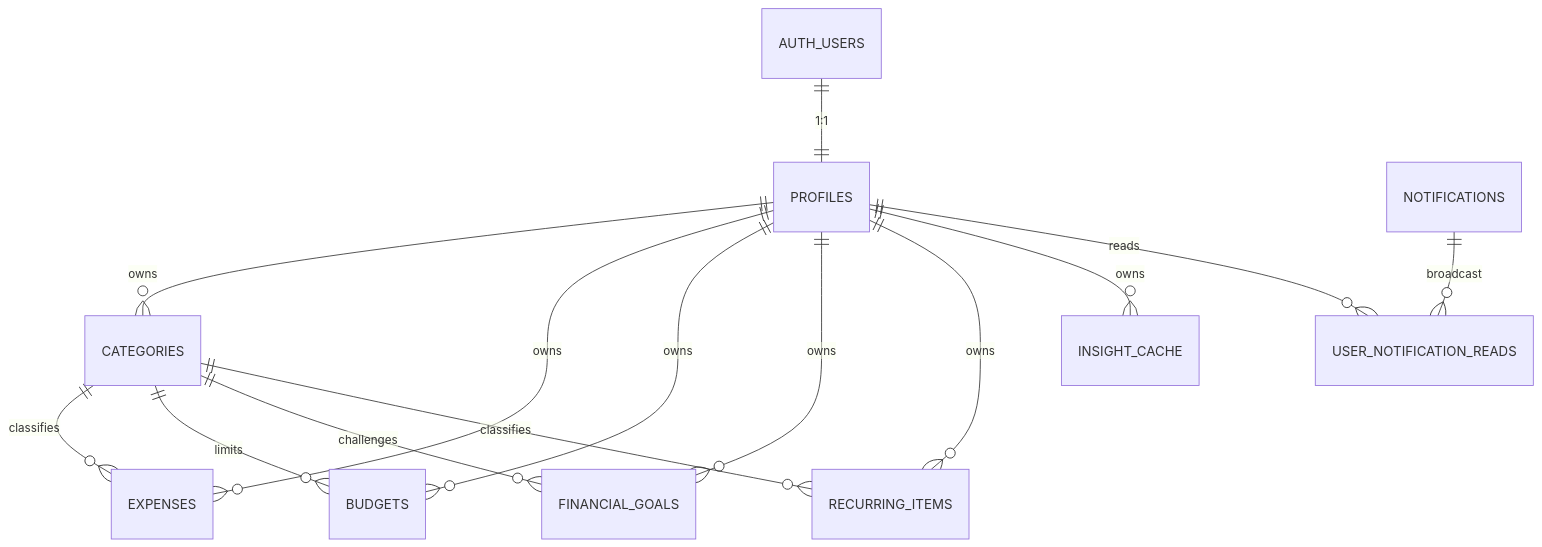
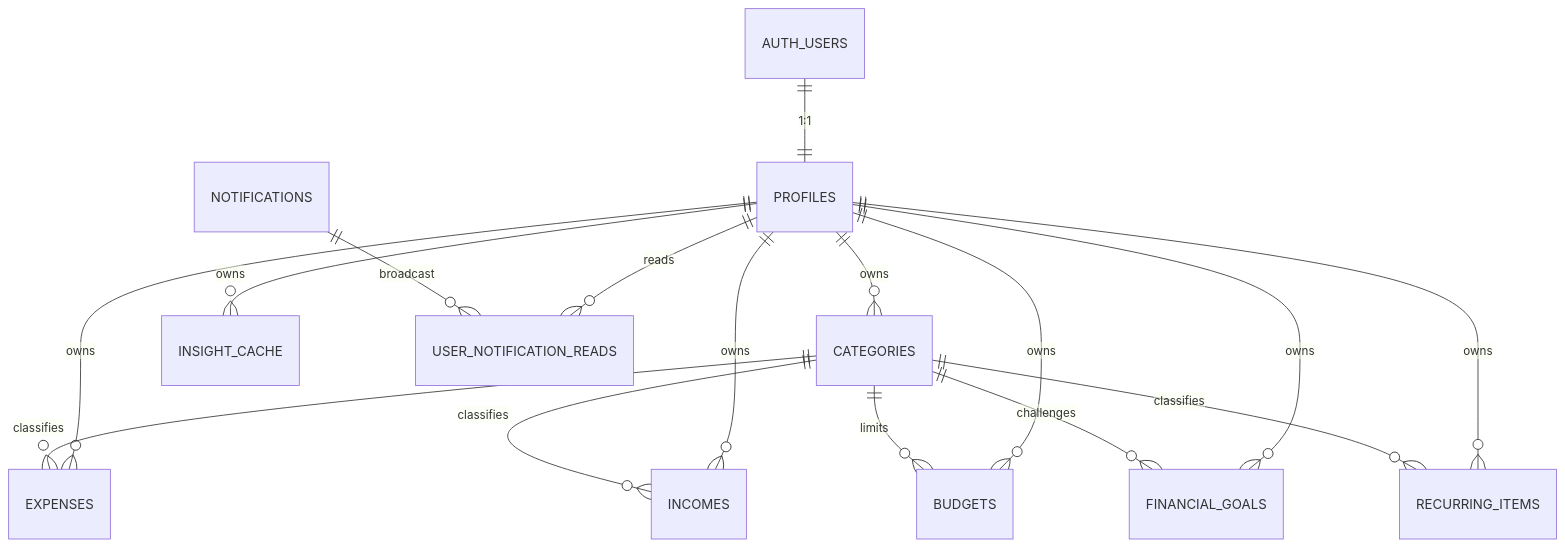
One commit to MushfiqMoon/PoysaPath changed the first of 2 diagrams in docs/planning-db.md. Above: the diagram before and after it, drawn with Mermaid. The commit also changed other lines of this file and 86 other files, not shown here.

````diff
--- a/docs/planning-db.md
+++ b/docs/planning-db.md
@@ -18,16 +19,18 @@
 ```mermaid
 erDiagram
     AUTH_USERS ||--|| PROFILES : "1:1"
     PROFILES ||--o{ CATEGORIES : owns
     PROFILES ||--o{ EXPENSES : owns
+    PROFILES ||--o{ INCOMES : owns
     PROFILES ||--o{ BUDGETS : owns
     PROFILES ||--o{ FINANCIAL_GOALS : owns
     PROFILES ||--o{ RECURRING_ITEMS : owns
     PROFILES ||--o{ INSIGHT_CACHE : owns
     CATEGORIES ||--o{ EXPENSES : classifies
+    CATEGORIES ||--o{ INCOMES : classifies
     CATEGORIES ||--o{ BUDGETS : limits
     CATEGORIES ||--o{ FINANCIAL_GOALS : challenges
     CATEGORIES ||--o{ RECURRING_ITEMS : classifies
     PROFILES ||--o{ USER_NOTIFICATION_READS : reads
     NOTIFICATIONS ||--o{ USER_NOTIFICATION_READS : broadcast
 ```
````
